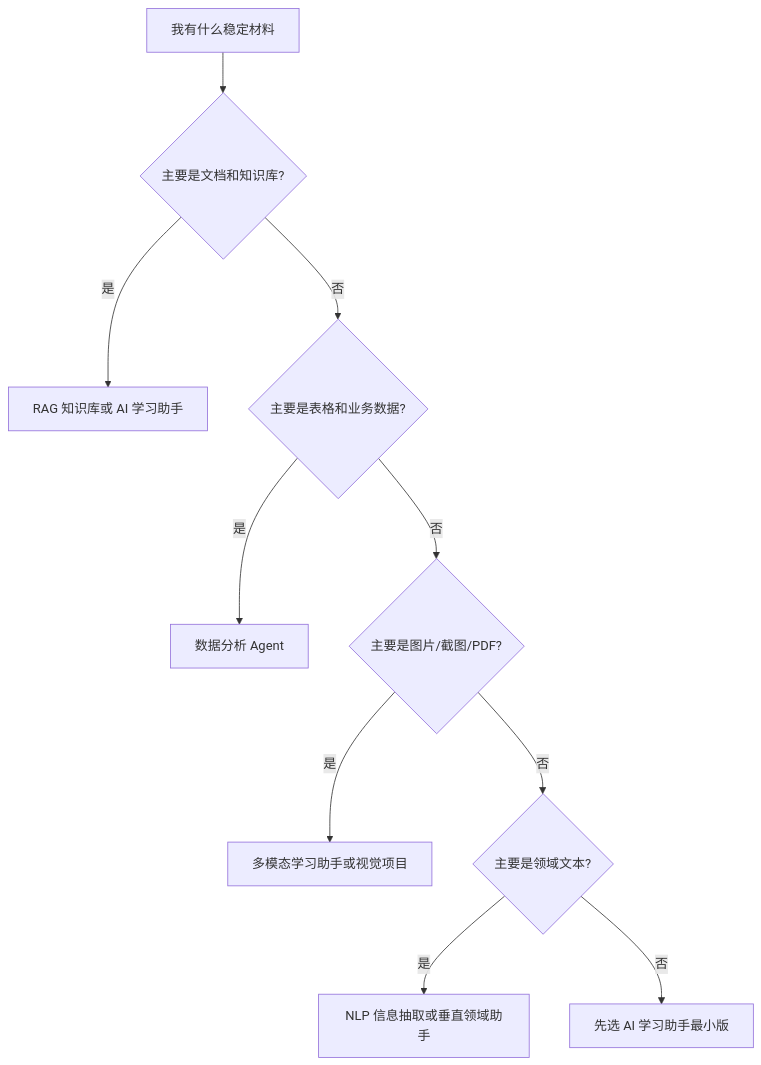
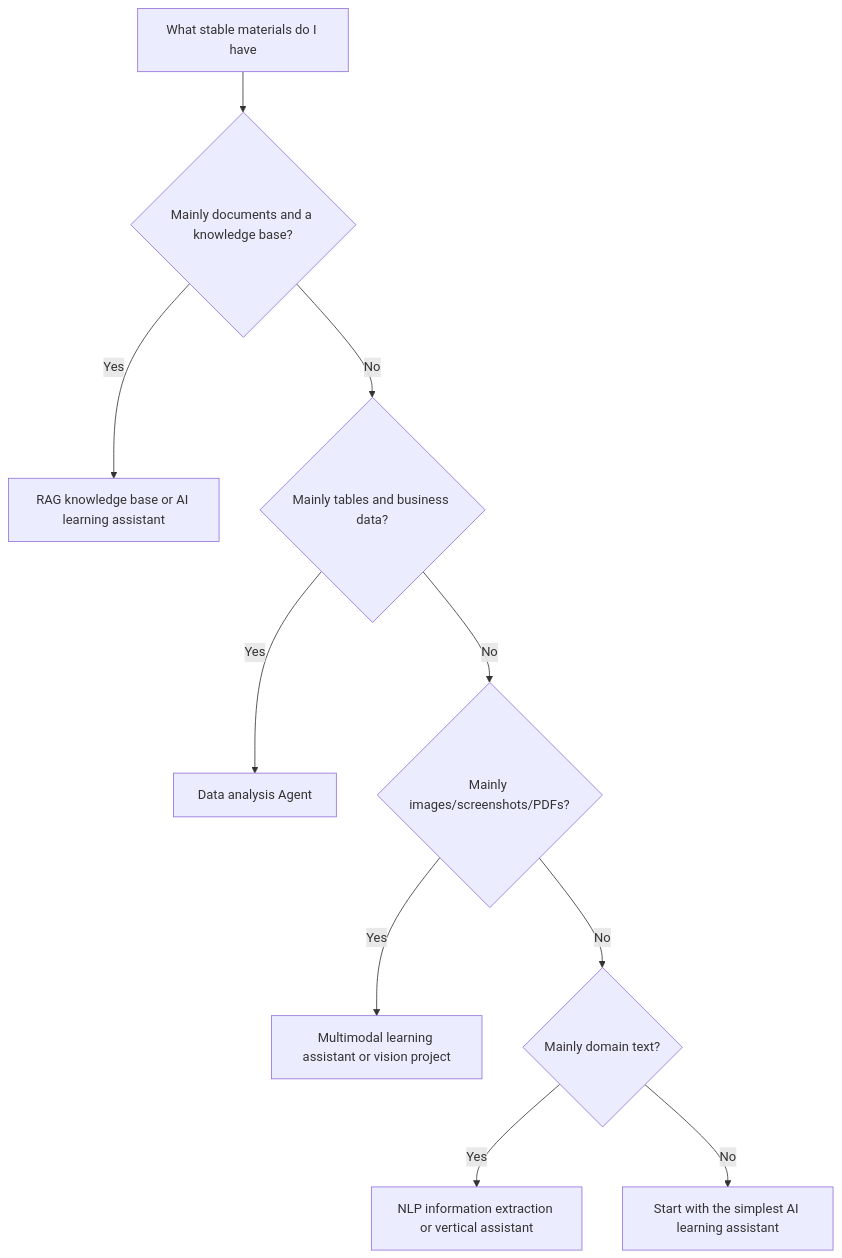
The second of 2 diagrams in docs/intro/graduation-project-guide.md (oudbiao/AI-fullstack-course), drawn with Mermaid before and after one commit. The commit also changed other lines of this file and 1406 other files, not shown here.

````diff
--- a/docs/intro/graduation-project-guide.md
+++ b/docs/intro/graduation-project-guide.md
@@ -45,12 +45,12 @@
 ```mermaid
 flowchart TD
-  A[我有什么稳定材料] --> B{主要是文档和知识库?}
-  B -- 是 --> C[RAG 知识库或 AI 学习助手]
-  B -- 否 --> D{主要是表格和业务数据?}
-  D -- 是 --> E[数据分析 Agent]
-  D -- 否 --> F{主要是图片/截图/PDF?}
-  F -- 是 --> G[多模态学习助手或视觉项目]
-  F -- 否 --> H{主要是领域文本?}
-  H -- 是 --> I[NLP 信息抽取或垂直领域助手]
-  H -- 否 --> J[先选 AI 学习助手最小版]
+  A[What stable materials do I have] --> B{Mainly documents and a knowledge base?}
+  B -- Yes --> C[RAG knowledge base or AI learning assistant]
+  B -- No --> D{Mainly tables and business data?}
+  D -- Yes --> E[Data analysis Agent]
+  D -- No --> F{Mainly images/screenshots/PDFs?}
+  F -- Yes --> G[Multimodal learning assistant or vision project]
+  F -- No --> H{Mainly domain text?}
+  H -- Yes --> I[NLP information extraction or vertical assistant]
+  H -- No --> J[Start with the simplest AI learning assistant]
 ```
````
